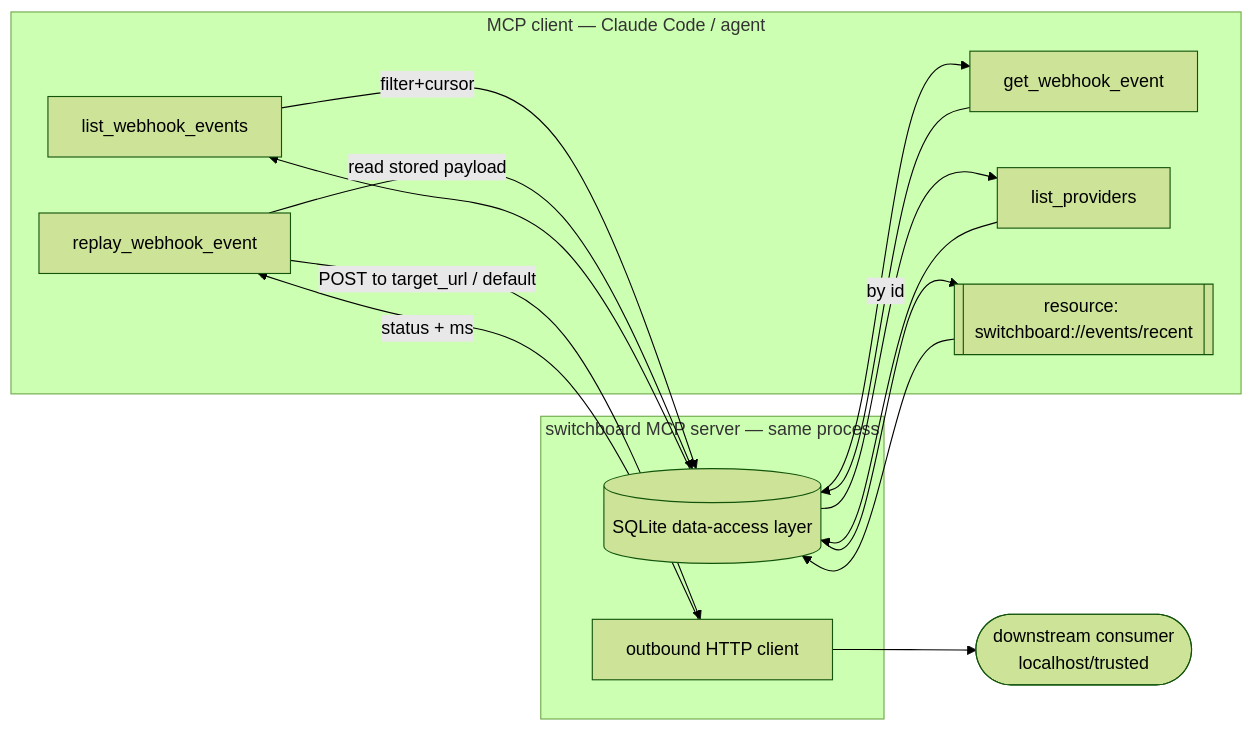
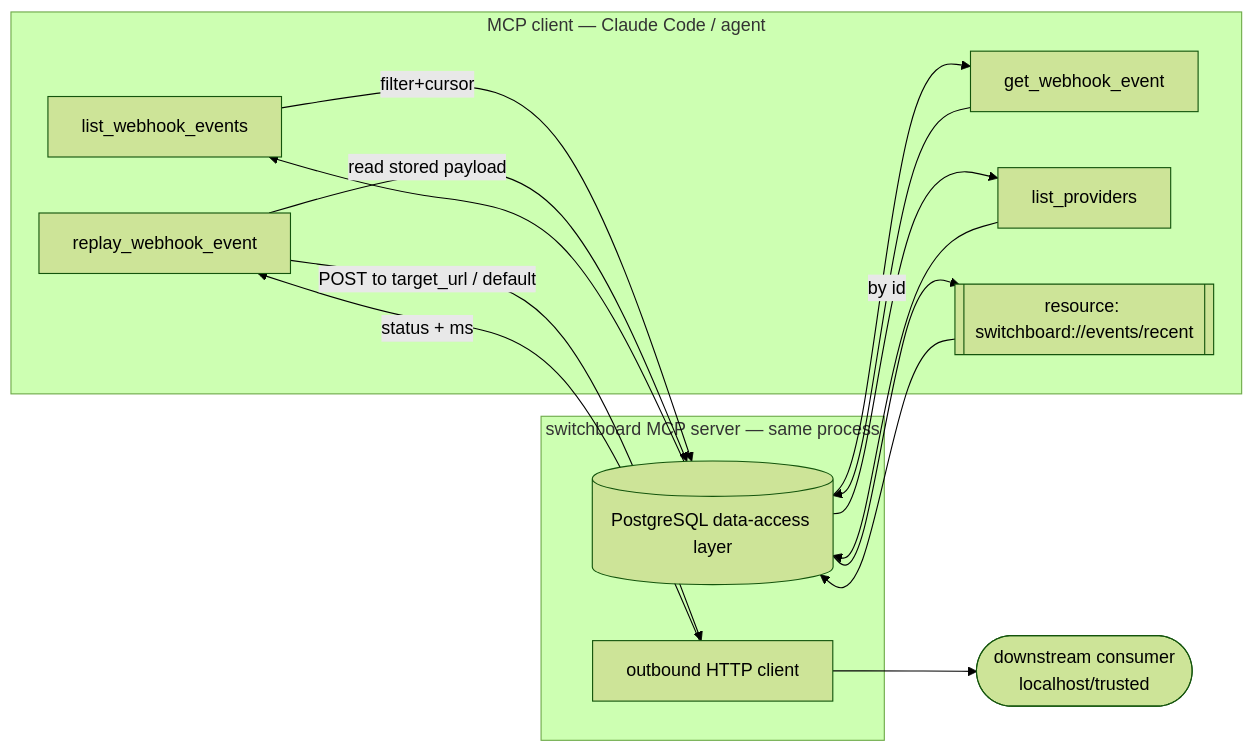
One commit to stump-wtf/switchboard changed the diagram in docs/adr/ADR-005-mcp-tool-and-resource-contract.md. Above: the diagram before and after it, drawn with Mermaid (forest theme). The commit also changed other lines of this file and 14 other files, not shown here.

First line of the commit message:
docs: convert all SQLite references to PostgreSQL; drop legacy webhook-mcp/MVP framing

````diff
--- a/docs/adr/ADR-005-mcp-tool-and-resource-contract.md
+++ b/docs/adr/ADR-005-mcp-tool-and-resource-contract.md
@@ -122,21 +122,21 @@
 ```mermaid
 flowchart LR
   subgraph client[MCP client — Claude Code / agent]
     c1[list_webhook_events]
     c2[get_webhook_event]
     c3[replay_webhook_event]
     c4[list_providers]
     r1[[resource: switchboard://events/recent]]
   end
   subgraph server[switchboard MCP server — same process]
-    dal[(SQLite data-access layer)]
+    dal[(PostgreSQL data-access layer)]
     out[outbound HTTP client]
   end
   c1 -->|filter+cursor| dal --> c1
   c2 -->|by id| dal --> c2
   c4 --> dal --> c4
   r1 --> dal --> r1
   c3 -->|read stored payload| dal
   c3 -->|POST to target_url / default| out --> down([downstream consumer<br/>localhost/trusted])
   out -->|status + ms| c3
 ```
````
